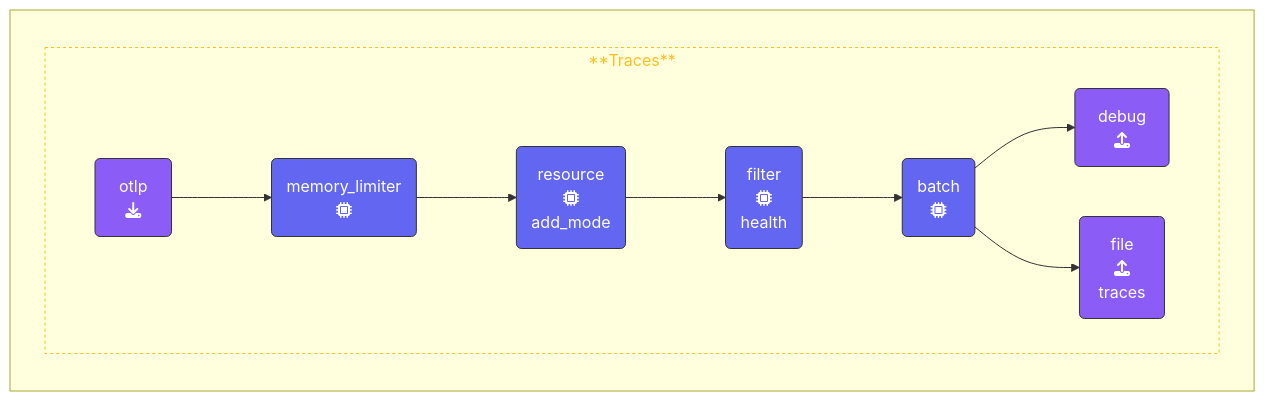
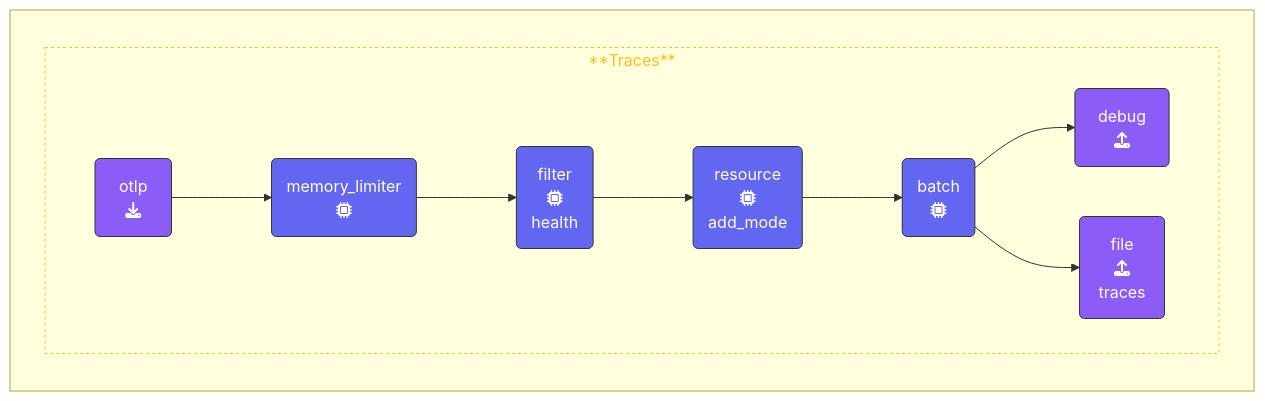
Before and after one commit to splunk/observability-workshop: the diagram in content/en/ninja-workshops/10-advanced-otel/5-dropping-spans/5-1-configuration.md, drawn with Mermaid.

Commit message:
moved filter processor

````diff
--- a/content/en/ninja-workshops/10-advanced-otel/5-dropping-spans/5-1-configuration.md
+++ b/content/en/ninja-workshops/10-advanced-otel/5-dropping-spans/5-1-configuration.md
@@ -42,29 +42,29 @@
 ```mermaid
 %%{init:{"fontFamily":"monospace"}}%%
 graph LR
     %% Nodes
       REC1(&nbsp;&nbsp;otlp&nbsp;&nbsp;<br>fa:fa-download):::receiver
       PRO1(memory_limiter<br>fa:fa-microchip):::processor
       PRO3(resource<br>fa:fa-microchip<br>add_mode):::processor
       PRO4(filter<br>fa:fa-microchip<br>health):::processor
       PRO5(batch<br>fa:fa-microchip):::processor
       EXP1(&ensp;debug&ensp;<br>fa:fa-upload):::exporter
       EXP2(&ensp;&ensp;file&ensp;&ensp;<br>fa:fa-upload<br>traces):::exporter
     %% Links
     subID1:::sub-traces
     subgraph " "
       subgraph subID1[**Traces**]
       direction LR
       REC1 --> PRO1
-      PRO1 --> PRO3
-      PRO3 --> PRO4
-      PRO4 --> PRO5
+      PRO1 --> PRO4
+      PRO4 --> PRO3
+      PRO3 --> PRO5
       PRO5 --> EXP1
       PRO5 --> EXP2
       end
     end
 classDef receiver,exporter fill:#8b5cf6,stroke:#333,stroke-width:1px,color:#fff;
 classDef processor fill:#6366f1,stroke:#333,stroke-width:1px,color:#fff;
 classDef con-receive,con-export fill:#45c175,stroke:#333,stroke-width:1px,color:#fff;
 classDef sub-traces stroke:#fbbf24,stroke-width:1px, color:#fbbf24,stroke-dasharray: 3 3;
 ```
````
